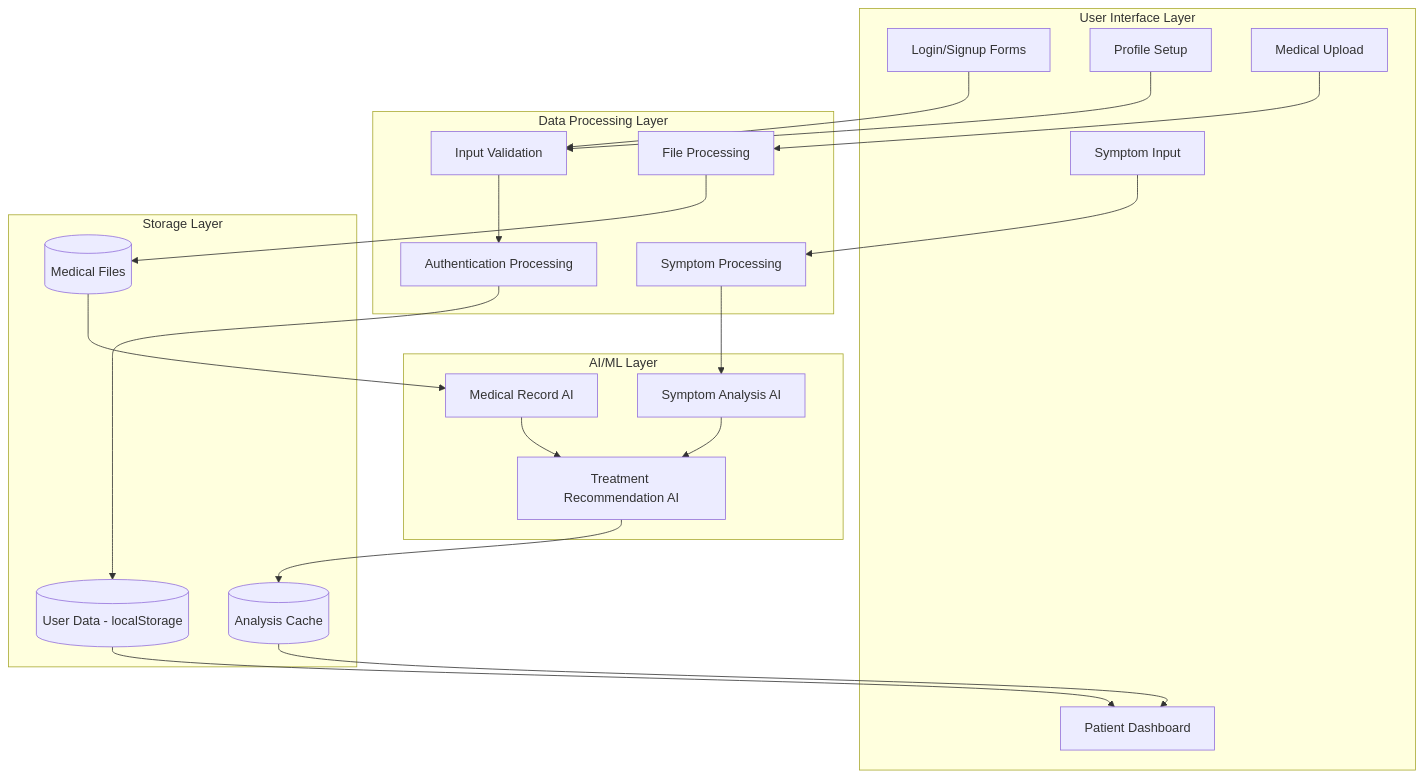
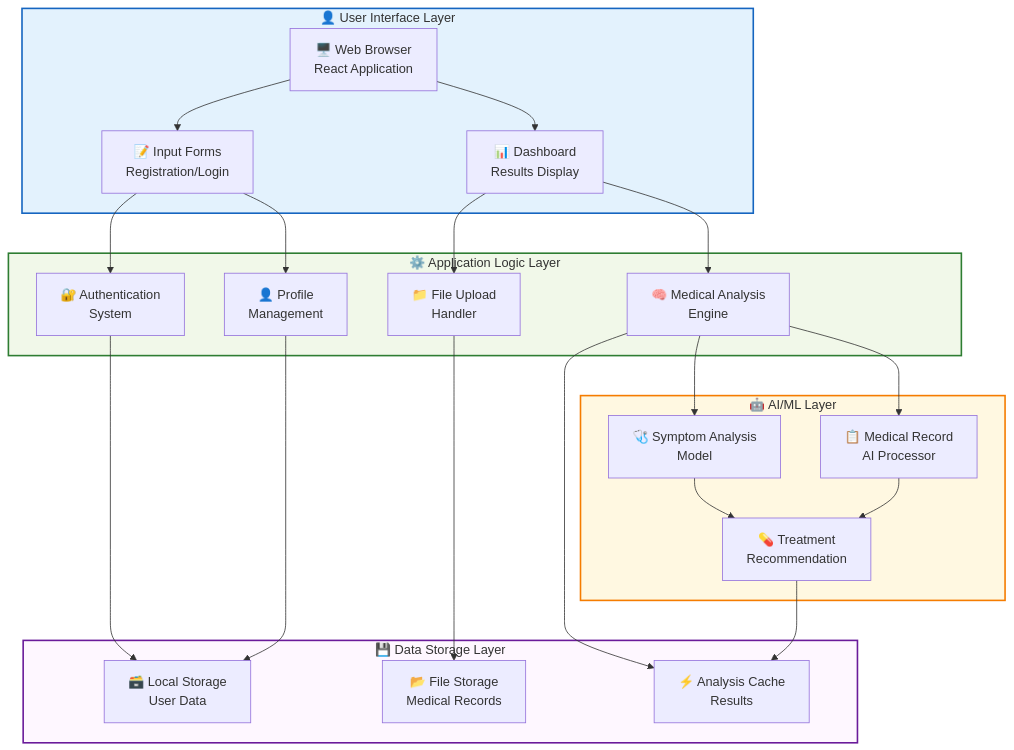
Before and after one commit to Shipra1605/health-ai-medicare-compass: the second of 4 diagrams in docs/Data_Flow_Diagram.md, drawn with Mermaid. The commit also changed other lines of this file and 4 other files, not shown here.

First line of the commit message:
Refactor: Enhance diagrams for academic report

````diff
--- a/docs/Data_Flow_Diagram.md
+++ b/docs/Data_Flow_Diagram.md
@@ -37,46 +40,50 @@
 ```mermaid
 flowchart TD
-    subgraph "User Interface Layer"
-        LOGIN[Login/Signup Forms]
-        PROFILE_SETUP[Profile Setup]
-        DASHBOARD[Patient Dashboard]
-        UPLOAD[Medical Upload]
-        SYMPTOMS[Symptom Input]
+    subgraph User[👤 User Interface Layer]
+        WEB[🖥️ Web Browser<br/>React Application]
+        FORMS[📝 Input Forms<br/>Registration/Login]
+        DASH[📊 Dashboard<br/>Results Display]
     end
     
-    subgraph "Data Processing Layer"
-        VALIDATE[Input Validation]
-        AUTH_PROC[Authentication Processing]
-        FILE_PROC[File Processing]
-        SYMPTOM_PROC[Symptom Processing]
+    subgraph Processing[⚙️ Application Logic Layer]
+        AUTH[🔐 Authentication<br/>System]
+        PROFILE[👤 Profile<br/>Management]
+        UPLOAD[📁 File Upload<br/>Handler]
+        ANALYSIS[🧠 Medical Analysis<br/>Engine]
     end
     
-    subgraph "Storage Layer"
-        USER_DATA[(User Data - localStorage)]
-        MEDICAL_FILES[(Medical Files)]
-        ANALYSIS_CACHE[(Analysis Cache)]
+    subgraph Data[💾 Data Storage Layer]
+        LOCAL[🗃️ Local Storage<br/>User Data]
+        FILES[📂 File Storage<br/>Medical Records]
+        CACHE[⚡ Analysis Cache<br/>Results]
     end
     
-    subgraph "AI/ML Layer"
-        SYMPTOM_AI[Symptom Analysis AI]
-        MEDICAL_AI[Medical Record AI]
-        TREATMENT_AI[Treatment Recommendation AI]
+    subgraph AI[🤖 AI/ML Layer]
+        SYMPTOM_AI[🩺 Symptom Analysis<br/>Model]
+        MEDICAL_AI[📋 Medical Record<br/>AI Processor]
+        TREATMENT_AI[💊 Treatment<br/>Recommendation]
     end
     
-    LOGIN --> VALIDATE
-    PROFILE_SETUP --> VALIDATE
-    VALIDATE --> AUTH_PROC
-    AUTH_PROC --> USER_DATA
+    WEB --> FORMS
+    WEB --> DASH
+    FORMS --> AUTH
+    FORMS --> PROFILE
+    DASH --> UPLOAD
+    DASH --> ANALYSIS
     
-    UPLOAD --> FILE_PROC
-    SYMPTOMS --> SYMPTOM_PROC
-    FILE_PROC --> MEDICAL_FILES
-    SYMPTOM_PROC --> SYMPTOM_AI
-    MEDICAL_FILES --> MEDICAL_AI
+    AUTH --> LOCAL
+    PROFILE --> LOCAL
+    UPLOAD --> FILES
+    ANALYSIS --> CACHE
     
+    ANALYSIS --> SYMPTOM_AI
+    ANALYSIS --> MEDICAL_AI
     SYMPTOM_AI --> TREATMENT_AI
     MEDICAL_AI --> TREATMENT_AI
-    TREATMENT_AI --> ANALYSIS_CACHE
-    ANALYSIS_CACHE --> DASHBOARD
-    USER_DATA --> DASHBOARD
+    TREATMENT_AI --> CACHE
+    
+    style User fill:#e3f2fd,stroke:#1565c0,stroke-width:2px
+    style Processing fill:#f1f8e9,stroke:#2e7d32,stroke-width:2px
+    style Data fill:#fef7ff,stroke:#6a1b9a,stroke-width:2px
+    style AI fill:#fff8e1,stroke:#f57c00,stroke-width:2px
 ```
````
